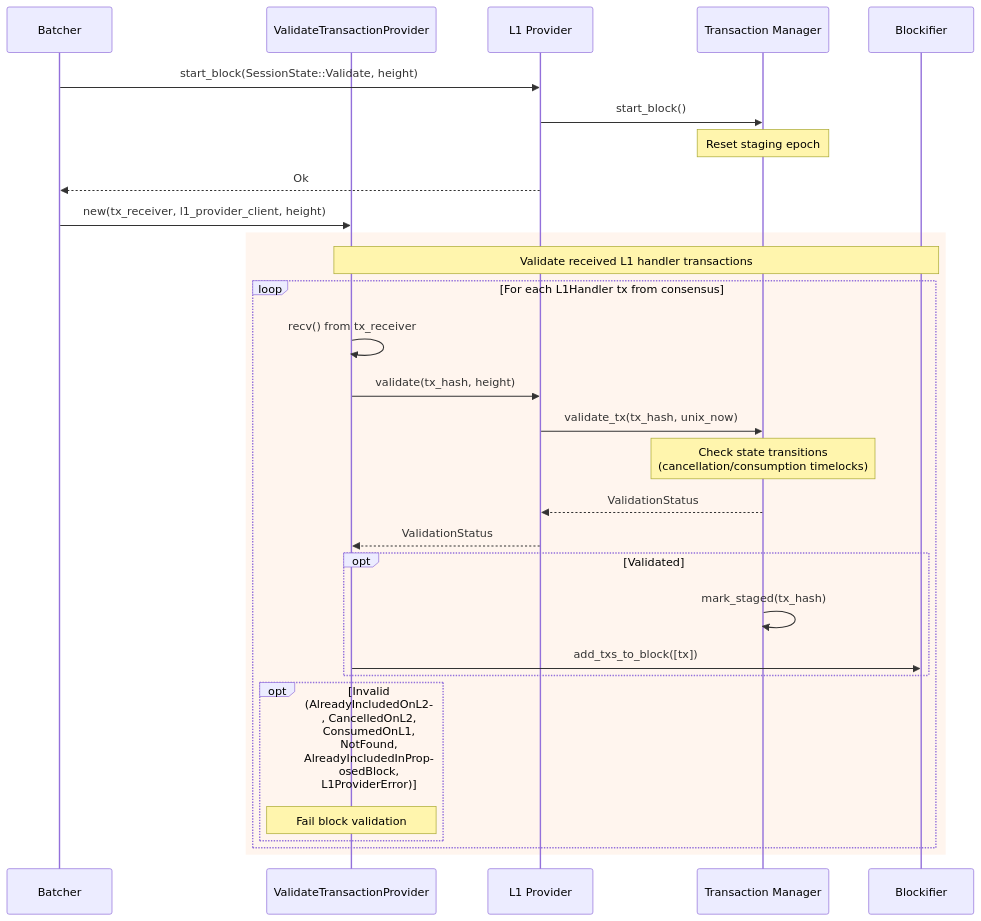
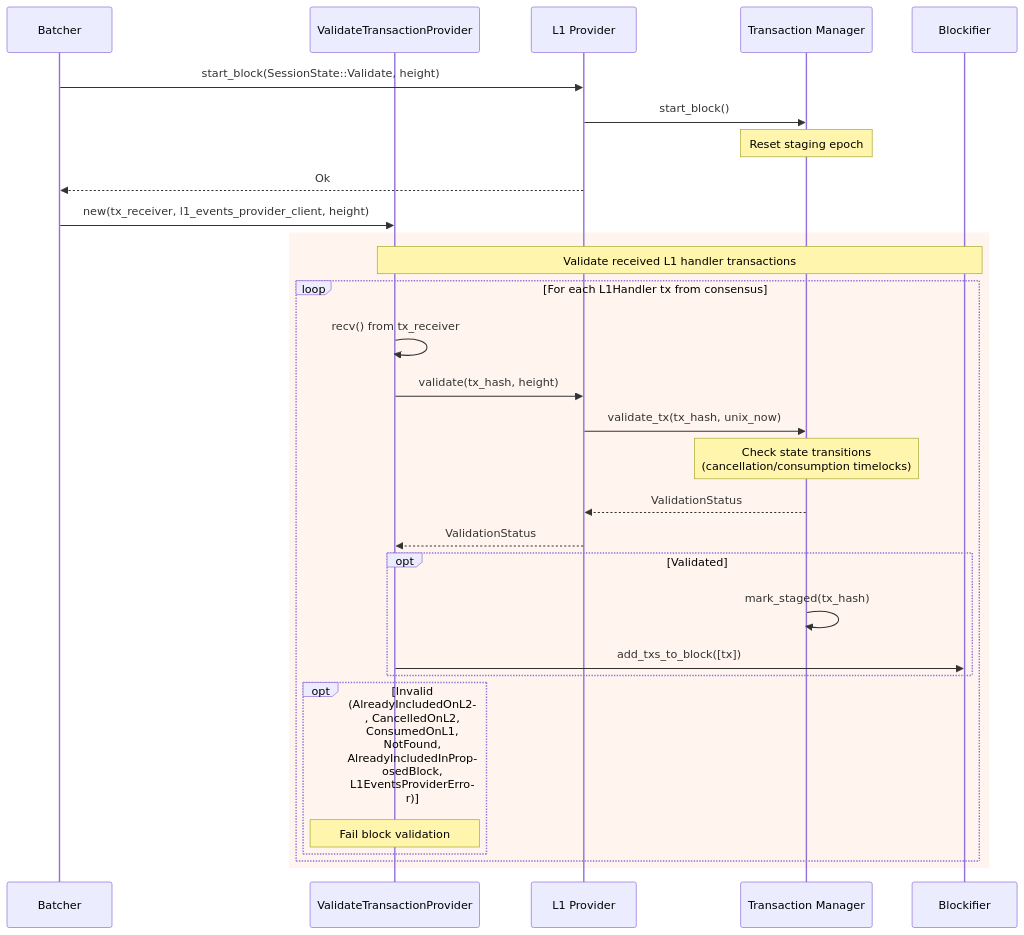
Before and after one commit to starkware-libs/sequencer: the fifth of 6 diagrams in docs/diagrams/06-l1-handler-flow.md, drawn with Mermaid. The commit also changed 101 other files, not shown here.

Commit message:
apollo_l1_events: rename L1Provider->L1EventsProvider and associated structs

````diff
--- a/docs/diagrams/06-l1-handler-flow.md
+++ b/docs/diagrams/06-l1-handler-flow.md
@@ -114,39 +114,39 @@
 ```mermaid
 sequenceDiagram
     participant B as Batcher
     participant TxProv as ValidateTransactionProvider
     participant L1P as L1 Provider
     participant TxMgr as Transaction Manager
     participant BF as Blockifier
 
     B->>L1P: start_block(SessionState::Validate, height)
     L1P->>TxMgr: start_block()
     Note over TxMgr: Reset staging epoch
     L1P-->>B: Ok
 
-    B->>TxProv: new(tx_receiver, l1_provider_client, height)
+    B->>TxProv: new(tx_receiver, l1_events_provider_client, height)
 
     rect rgb(255, 245, 238)
         Note over TxProv,BF: Validate received L1 handler transactions
         loop For each L1Handler tx from consensus
             TxProv->>TxProv: recv() from tx_receiver
 
             TxProv->>L1P: validate(tx_hash, height)
             L1P->>TxMgr: validate_tx(tx_hash, unix_now)
 
             Note over TxMgr: Check state transitions<br/>(cancellation/consumption timelocks)
 
             TxMgr-->>L1P: ValidationStatus
             L1P-->>TxProv: ValidationStatus
 
             opt Validated
                 TxMgr->>TxMgr: mark_staged(tx_hash)
                 TxProv->>BF: add_txs_to_block([tx])
             end
 
-            opt Invalid (AlreadyIncludedOnL2, CancelledOnL2, ConsumedOnL1, NotFound, AlreadyIncludedInProposedBlock, L1ProviderError)
+            opt Invalid (AlreadyIncludedOnL2, CancelledOnL2, ConsumedOnL1, NotFound, AlreadyIncludedInProposedBlock, L1EventsProviderError)
                 Note over TxProv: Fail block validation
             end
         end
     end
 ```
````
